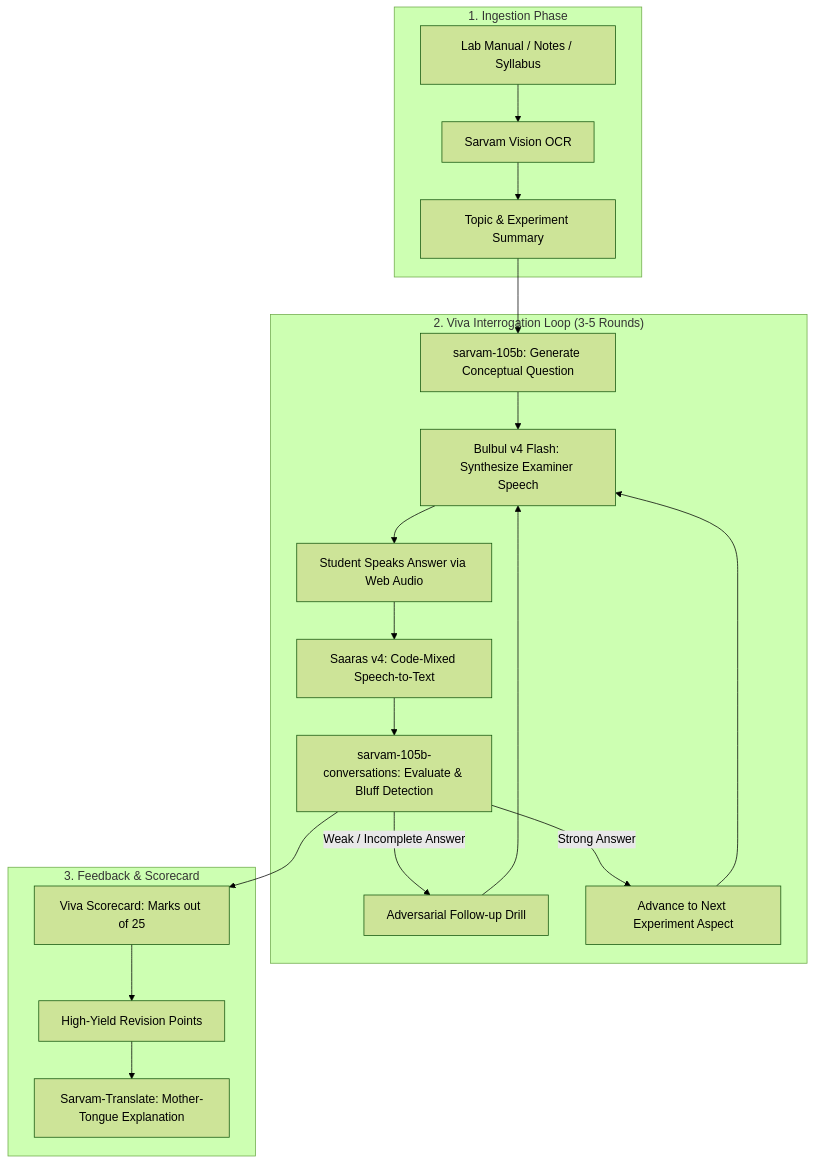
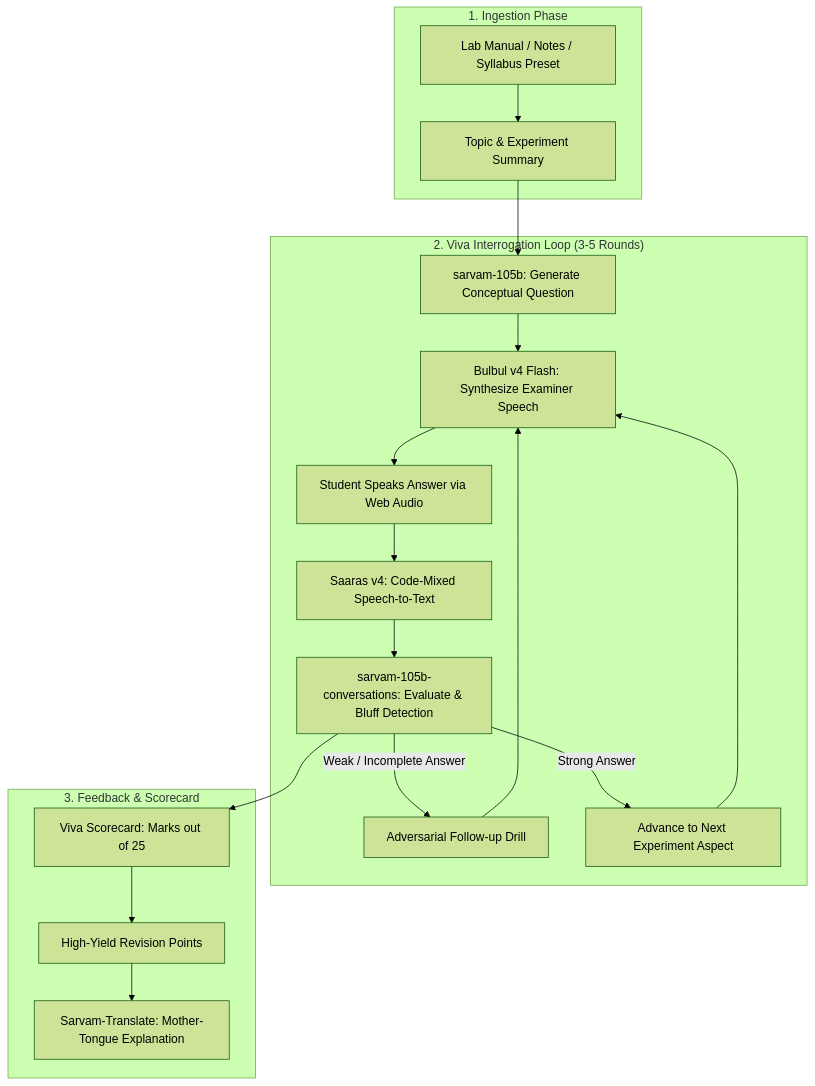
The diagram in plan.md (ard714/viva-voce-ai), drawn with Mermaid (forest theme) before and after one commit. The commit also changed other lines of this file and 2 other files, not shown here.

Commit message:
docs: synchronize README, plan, and pitch with live Render deployment and VivaPrep AI branding

````diff
--- a/plan.md
+++ b/plan.md
@@ -27,25 +29,24 @@
 ```mermaid
 flowchart TD
     subgraph Ingestion["1. Ingestion Phase"]
-        A[Lab Manual / Notes / Syllabus] --> B[Sarvam Vision OCR]
-        B --> C[Topic & Experiment Summary]
+        A[Lab Manual / Notes / Syllabus Preset] --> B[Topic & Experiment Summary]
     end
 
     subgraph ExamLoop["2. Viva Interrogation Loop (3-5 Rounds)"]
-        C --> D[sarvam-105b: Generate Conceptual Question]
-        D --> E[Bulbul v4 Flash: Synthesize Examiner Speech]
-        E --> F[Student Speaks Answer via Web Audio]
-        F --> G[Saaras v4: Code-Mixed Speech-to-Text]
-        G --> H[sarvam-105b-conversations: Evaluate & Bluff Detection]
-        H -->|Weak / Incomplete Answer| I[Adversarial Follow-up Drill]
-        H -->|Strong Answer| J[Advance to Next Experiment Aspect]
-        I --> E
-        J --> E
+        B --> C[sarvam-105b: Generate Conceptual Question]
+        C --> D[Bulbul v4 Flash: Synthesize Examiner Speech]
+        D --> E[Student Speaks Answer via Web Audio]
+        E --> F[Saaras v4: Code-Mixed Speech-to-Text]
+        F --> G[sarvam-105b-conversations: Evaluate & Bluff Detection]
+        G -->|Weak / Incomplete Answer| H[Adversarial Follow-up Drill]
+        G -->|Strong Answer| I[Advance to Next Experiment Aspect]
+        H --> D
+        I --> D
     end
 
     subgraph Evaluation["3. Feedback & Scorecard"]
-        H --> K[Viva Scorecard: Marks out of 25]
-        K --> L[High-Yield Revision Points]
-        L --> M[Sarvam-Translate: Mother-Tongue Explanation]
+        G --> J[Viva Scorecard: Marks out of 25]
+        J --> K[High-Yield Revision Points]
+        K --> L[Sarvam-Translate: Mother-Tongue Explanation]
     end
 ```
````
